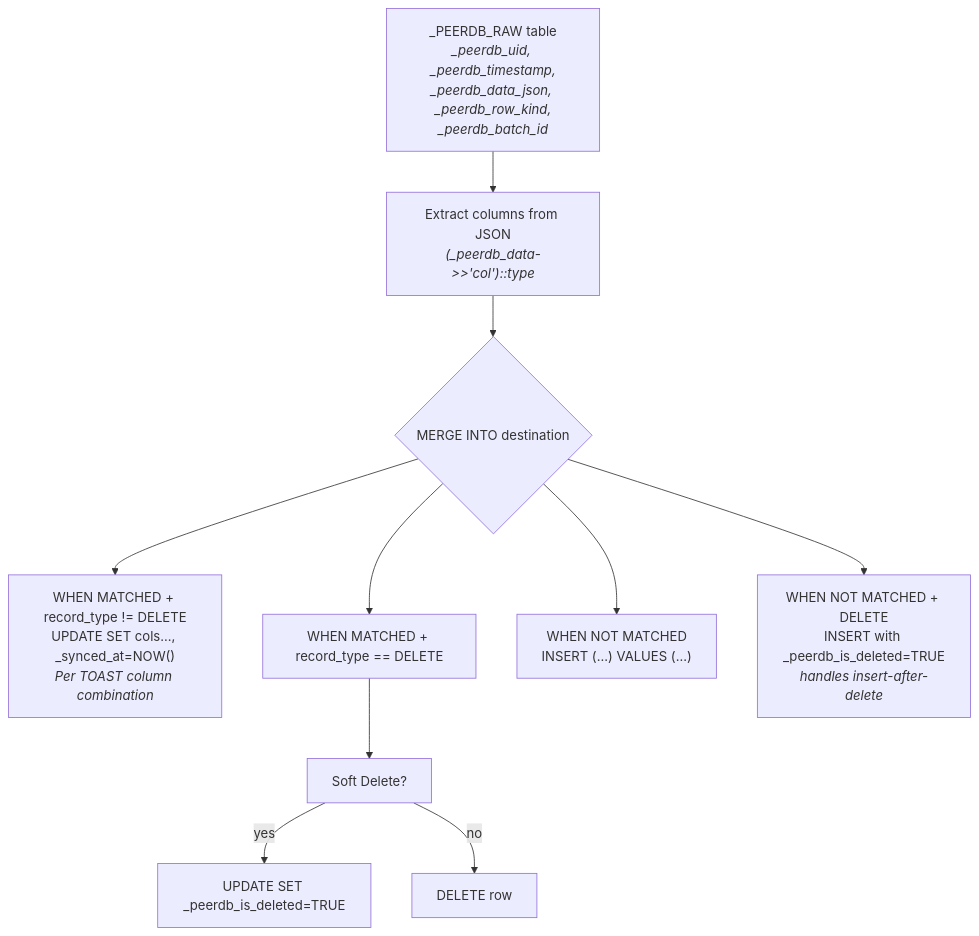
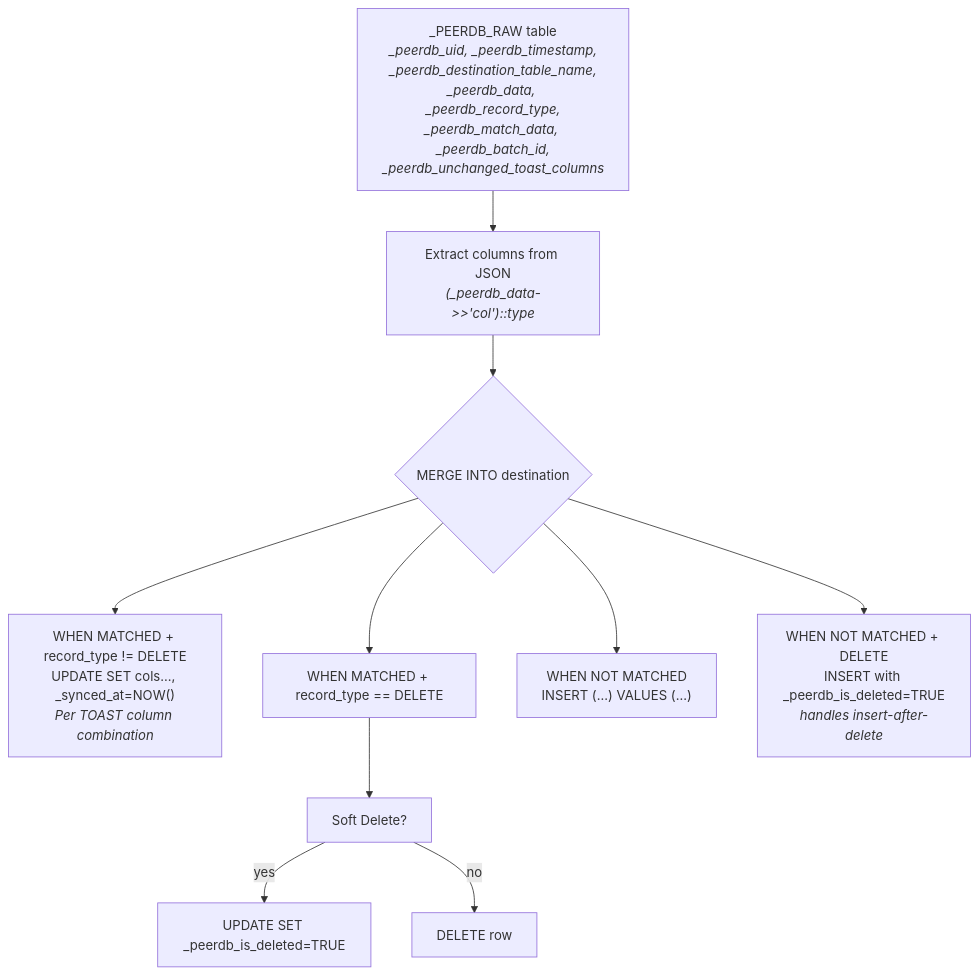
The fourth of 11 diagrams in docs/deep-dive-design-document.md (PeerDB-io/peerdb), drawn with Mermaid before and after one commit. The commit also changed other lines of this file and 1 other file, not shown here.

````diff
--- a/docs/deep-dive-design-document.md
+++ b/docs/deep-dive-design-document.md
@@ -370,30 +371,30 @@
 ```mermaid
 flowchart TD
-    RAW["_PEERDB_RAW table<br/><i>_peerdb_uid, _peerdb_timestamp,<br/>_peerdb_data_json, _peerdb_row_kind,<br/>_peerdb_batch_id</i>"]
+    RAW["_PEERDB_RAW table<br/><i>_peerdb_uid, _peerdb_timestamp,<br/>_peerdb_destination_table_name,<br/>_peerdb_data, _peerdb_record_type,<br/>_peerdb_match_data, _peerdb_batch_id,<br/>_peerdb_unchanged_toast_columns</i>"]
 
     EXTRACT["Extract columns from JSON<br/><i>(_peerdb_data->>'col')::type</i>"]
 
     MERGE{"MERGE INTO destination"}
 
     MATCHED_UPDATE["WHEN MATCHED + record_type != DELETE<br/>UPDATE SET cols..., _synced_at=NOW()<br/><i>Per TOAST column combination</i>"]
 
     MATCHED_DELETE["WHEN MATCHED + record_type == DELETE"]
 
     SOFT["Soft Delete?"]
 
     HARD_DELETE["DELETE row"]
     SOFT_UPDATE["UPDATE SET _peerdb_is_deleted=TRUE"]
 
     NOT_MATCHED["WHEN NOT MATCHED<br/>INSERT (...) VALUES (...)"]
 
     NOT_MATCHED_DEL["WHEN NOT MATCHED + DELETE<br/>INSERT with _peerdb_is_deleted=TRUE<br/><i>handles insert-after-delete</i>"]
 
     RAW --> EXTRACT --> MERGE
     MERGE --> MATCHED_UPDATE
     MERGE --> MATCHED_DELETE
     MATCHED_DELETE --> SOFT
     SOFT -->|yes| SOFT_UPDATE
     SOFT -->|no| HARD_DELETE
     MERGE --> NOT_MATCHED
     MERGE --> NOT_MATCHED_DEL
 ```
````
